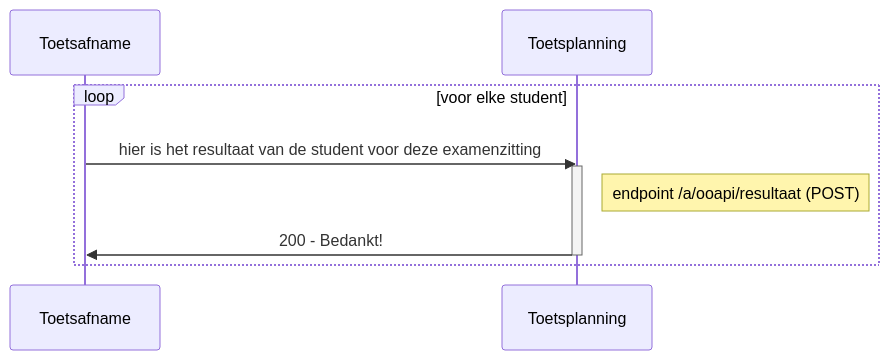
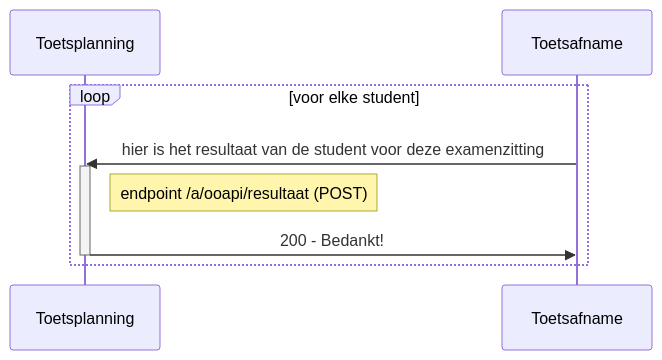
Before and after one commit to NetwerkExamineringDigitalisering/NED-OOAPI: the first of 2 diagrams in doc/diagrams/flow3.md, drawn with Mermaid. The commit also changed other lines of this file, not shown here.

````diff
--- a/doc/diagrams/flow3.md
+++ b/doc/diagrams/flow3.md
@@ -6,10 +6,12 @@
 ```mermaid
 sequenceDiagram
+    participant Toetsplanning
+    participant Toetsafname
     loop voor elke student
       Toetsafname->>Toetsplanning: hier is het resultaat van de student voor deze examenzitting
       activate Toetsplanning
       Note right of Toetsplanning: endpoint /a/ooapi/resultaat (POST)
       Toetsplanning->>Toetsafname: 200 - Bedankt!
       deactivate Toetsplanning
     end
 ```
````
